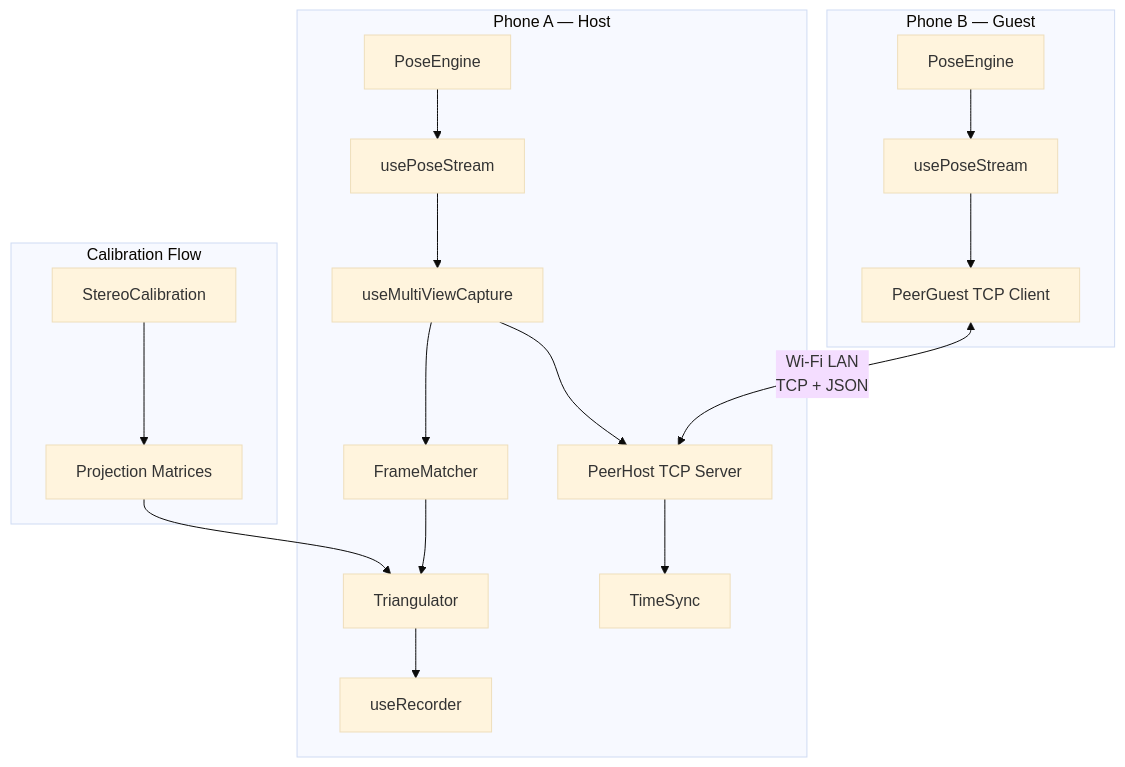
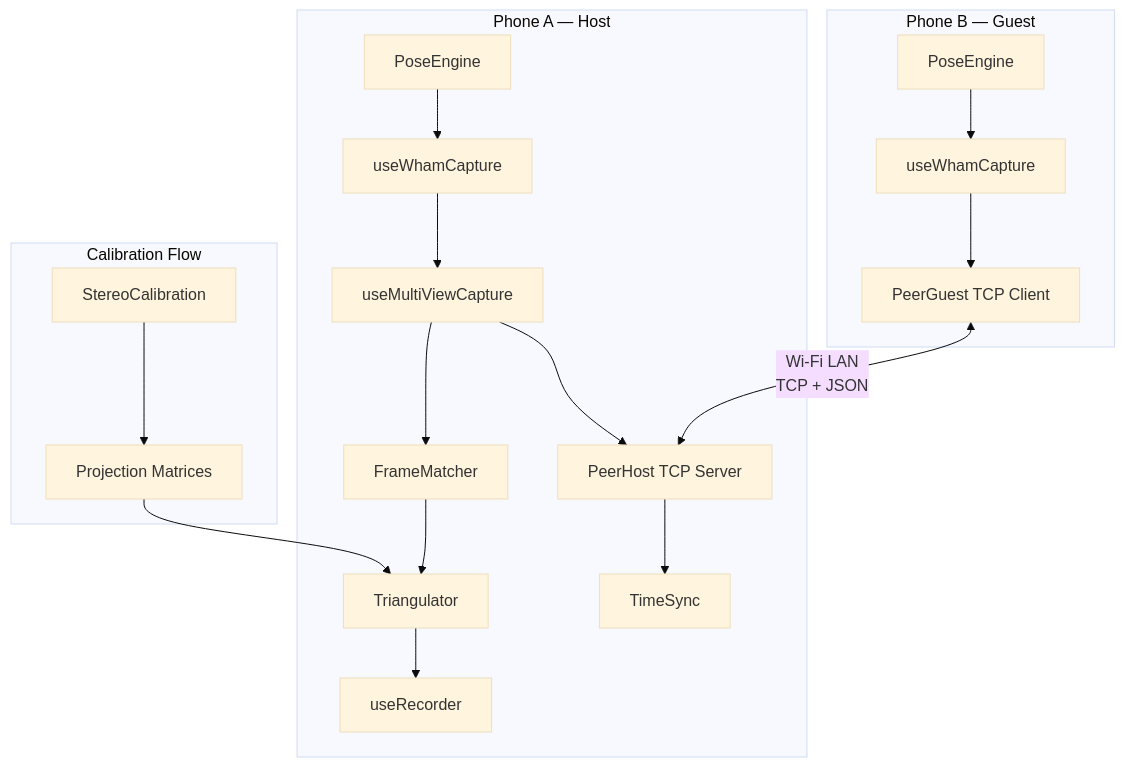
One commit to coskunburak/mocap changed the diagram in docs/implementation_summary.md. Above: the diagram before and after it, drawn with Mermaid (base theme). The commit also changed 45 other files, not shown here.

Commit message:
Document WHAM-only motion capture architecture

````diff
--- a/docs/implementation_summary.md
+++ b/docs/implementation_summary.md
@@ -56,24 +56,24 @@
 ```mermaid
 graph TB
     subgraph "Phone A — Host"
-        A_PE[PoseEngine] --> A_PS[usePoseStream]
+        A_PE[PoseEngine] --> A_PS[useWhamCapture]
         A_PS --> A_MVC[useMultiViewCapture]
         A_MVC --> A_FM[FrameMatcher]
         A_FM --> A_TRI[Triangulator]
         A_TRI --> A_REC[useRecorder]
         A_MVC --> PH[PeerHost TCP Server]
         PH --> TS[TimeSync]
     end
     
     subgraph "Phone B — Guest"
-        B_PE[PoseEngine] --> B_PS[usePoseStream]
+        B_PE[PoseEngine] --> B_PS[useWhamCapture]
         B_PS --> PG[PeerGuest TCP Client]
     end
     
     PG <-->|"Wi-Fi LAN\nTCP + JSON"| PH
     
     subgraph "Calibration Flow"
         SC[StereoCalibration] --> PM[Projection Matrices]
         PM --> A_TRI
     end
 ```
````
